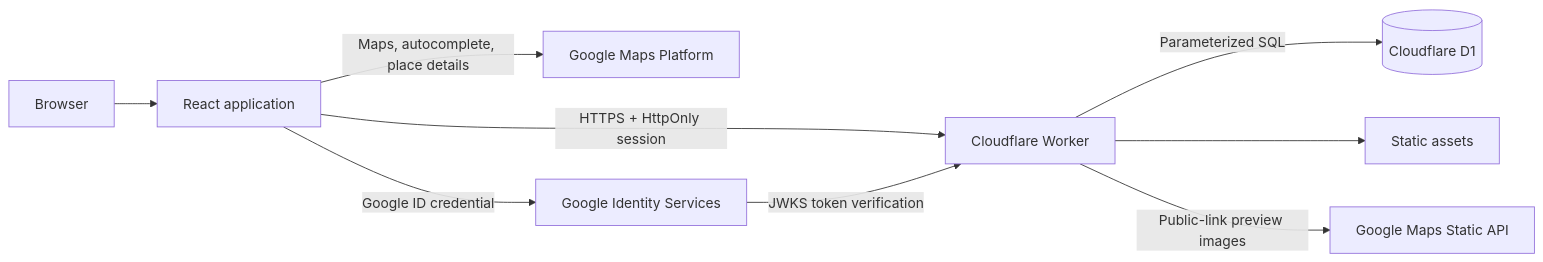
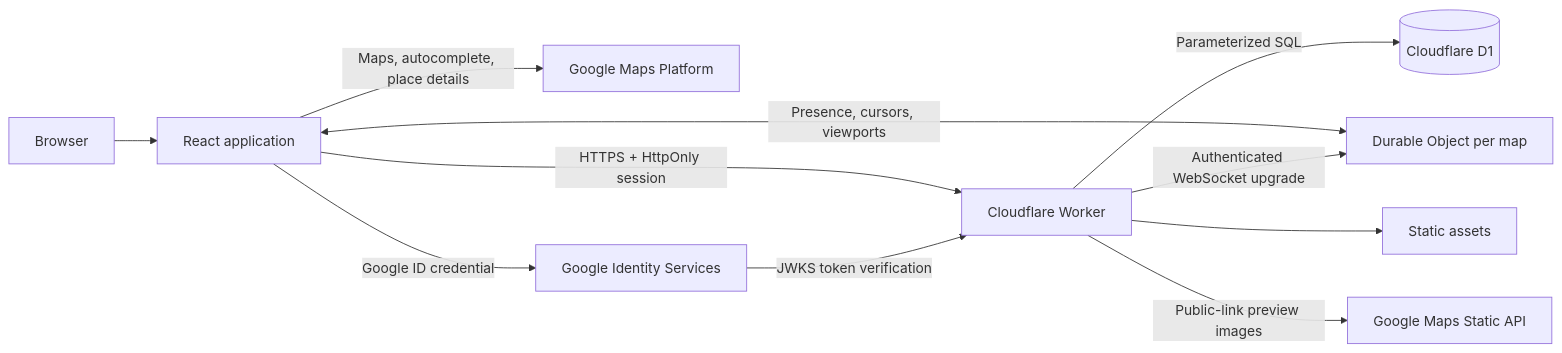
Before and after one commit to futureshape/own-maps: the diagram in README.md, drawn with Mermaid. The commit also changed other lines of this file and 17 other files, not shown here.

````diff
--- a/README.md
+++ b/README.md
@@ -7,11 +7,13 @@
 ```mermaid
 flowchart LR
     U["Browser"] --> R["React application"]
     R -->|"Maps, autocomplete, place details"| G["Google Maps Platform"]
     R -->|"Google ID credential"| I["Google Identity Services"]
     R -->|"HTTPS + HttpOnly session"| W["Cloudflare Worker"]
     I -->|"JWKS token verification"| W
     W -->|"Parameterized SQL"| D[("Cloudflare D1")]
+    R <-->|"Presence, cursors, viewports"| O["Durable Object per map"]
+    W -->|"Authenticated WebSocket upgrade"| O
     W --> A["Static assets"]
     W -->|"Public-link preview images"| S["Google Maps Static API"]
 ```
````
